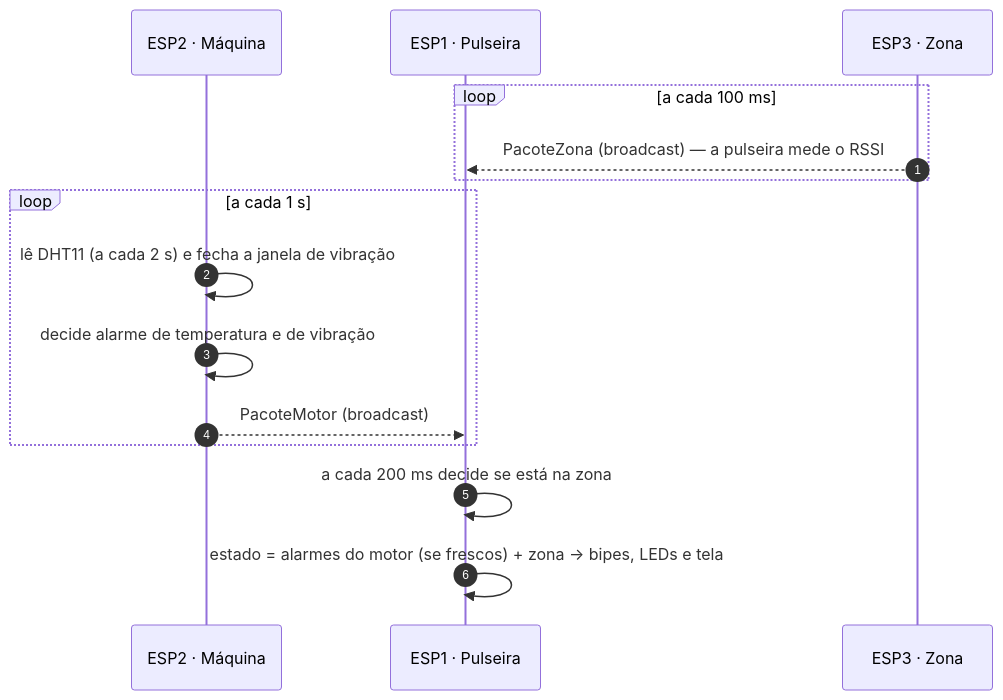
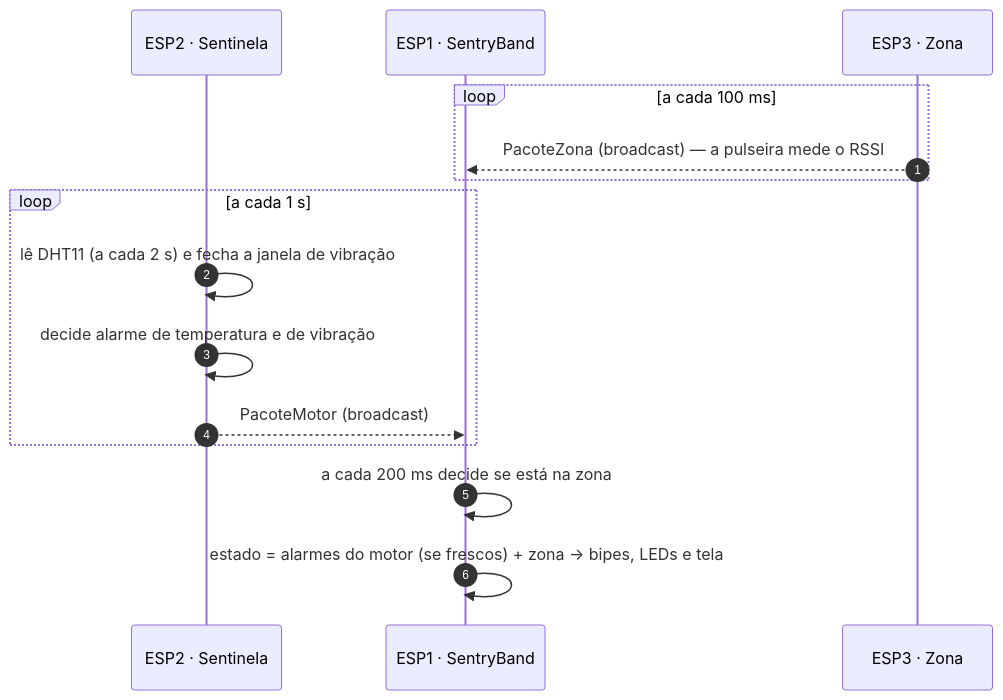
Before and after one commit to MrNoberto/pulseira-seguranca-industrial-esp32: the diagram in docs/protocolo-esp-now.md, drawn with Mermaid. The commit also changed other lines of this file and 7 other files, not shown here.

First line of the commit message:
Usa os nomes SentryBand (pulseira) e Sentinela (máquina)

````diff
--- a/docs/protocolo-esp-now.md
+++ b/docs/protocolo-esp-now.md
@@ -32,17 +32,17 @@
 ```mermaid
 sequenceDiagram
     autonumber
-    participant M as ESP2 · Máquina
-    participant P as ESP1 · Pulseira
+    participant M as ESP2 · Sentinela
+    participant P as ESP1 · SentryBand
     participant Z as ESP3 · Zona
     loop a cada 100 ms
         Z-->>P: PacoteZona (broadcast) — a pulseira mede o RSSI
     end
     loop a cada 1 s
         M->>M: lê DHT11 (a cada 2 s) e fecha a janela de vibração
         M->>M: decide alarme de temperatura e de vibração
         M-->>P: PacoteMotor (broadcast)
     end
     P->>P: a cada 200 ms decide se está na zona
     P->>P: estado = alarmes do motor (se frescos) + zona → bipes, LEDs e tela
 ```
````
